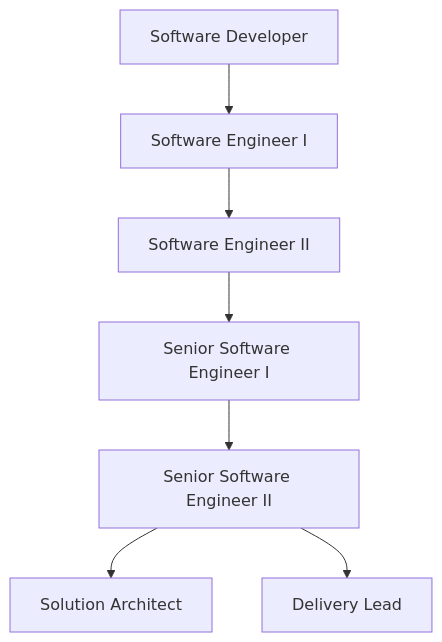
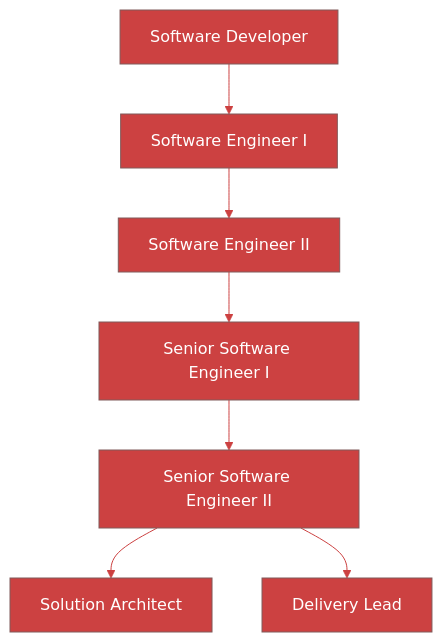
The diagram in development.md (SSWConsulting/SSW.Roles), drawn with Mermaid before and after one commit.

````diff
--- a/development.md
+++ b/development.md
@@ -12,9 +12,25 @@
 ```mermaid
+%%{
+  init: {
+    'theme': 'base',
+    'themeVariables': {
+      'primaryColor': '#CC4141',
+      'primaryTextColor': '#fff',
+      'lineColor': '#CC4141',
+      'secondaryColor': '#AAAAAA',
+      'tertiaryColor': '#797979',
+      'noteBkgColor': '#333333',
+      'noteTextColor': '#fff',
+      'sequenceNumberColor': '#333333'
+    }
+  }
+}%%
+
 graph TD;
     A[Software Developer] --> B[Software Engineer I]
     B --> C[Software Engineer II]
     C --> D[Senior Software Engineer I]
     D --> E[Senior Software Engineer II]
     E --> F[Solution Architect]
     E --> G[Delivery Lead]
 ```
````
